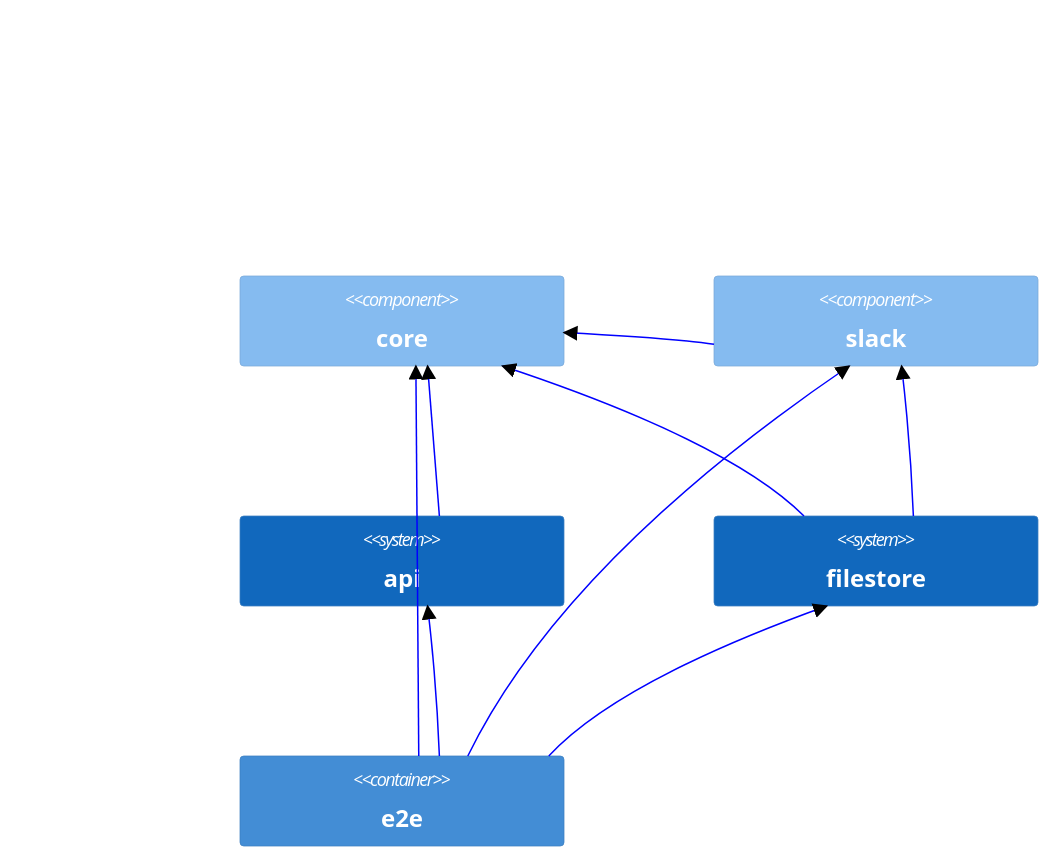
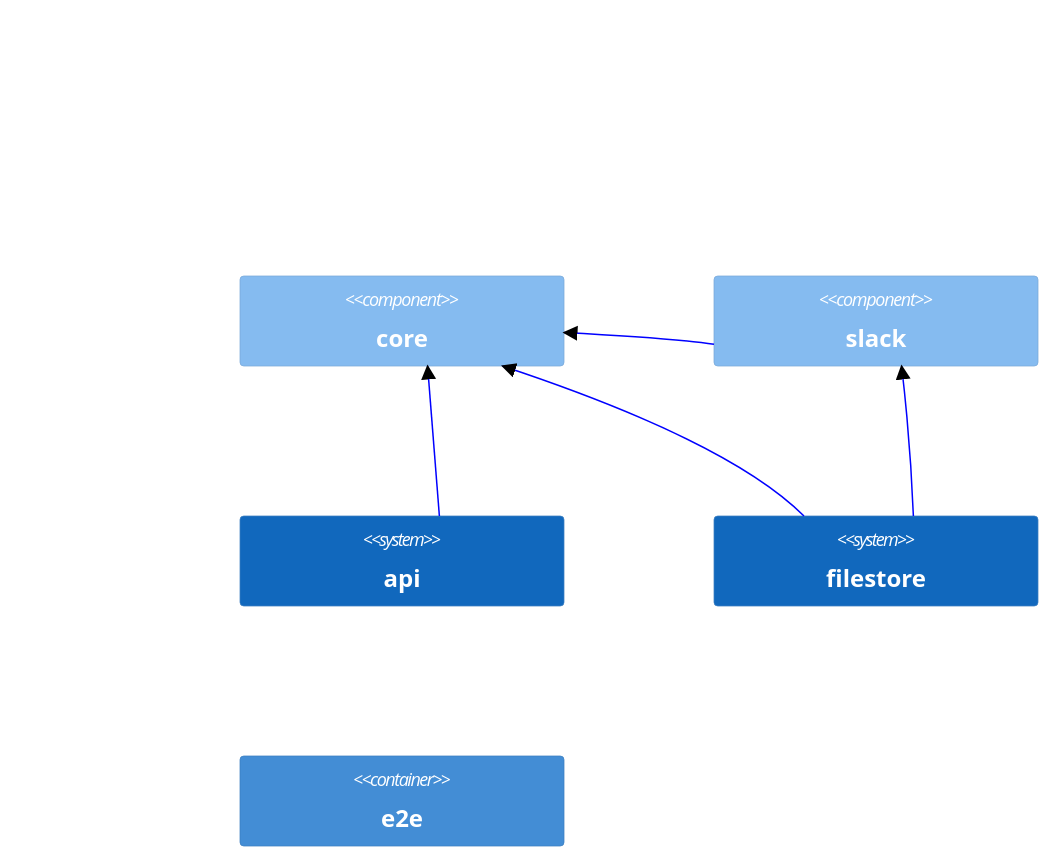
The diagram in README.md (albertlatacz/shift-left-kotlin), drawn with Mermaid (forest theme) before and after one commit. The commit also changed 9 other files, not shown here.

````diff
--- a/README.md
+++ b/README.md
@@ -23,25 +23,17 @@
 ```mermaid
 C4Context        
    UpdateLayoutConfig($c4ShapeInRow="2")                           
    Component(core, "core")
    Component(slack, "slack")
    System(api, "api")
    System(filestore, "filestore")
    Container(e2e, "e2e")
    Rel(api, core, " ") 
    UpdateRelStyle(api, core, $lineColor="blue")
-   Rel(e2e, core, " ") 
-   UpdateRelStyle(e2e, core, $lineColor="blue")
-   Rel(e2e, slack, " ") 
-   UpdateRelStyle(e2e, slack, $lineColor="blue")
-   Rel(e2e, api, " ") 
-   UpdateRelStyle(e2e, api, $lineColor="blue")
-   Rel(e2e, filestore, " ") 
-   UpdateRelStyle(e2e, filestore, $lineColor="blue")
    Rel(filestore, core, " ") 
    UpdateRelStyle(filestore, core, $lineColor="blue")
    Rel(filestore, slack, " ") 
    UpdateRelStyle(filestore, slack, $lineColor="blue")
    Rel(slack, core, " ") 
    UpdateRelStyle(slack, core, $lineColor="blue")                
 ```
````
